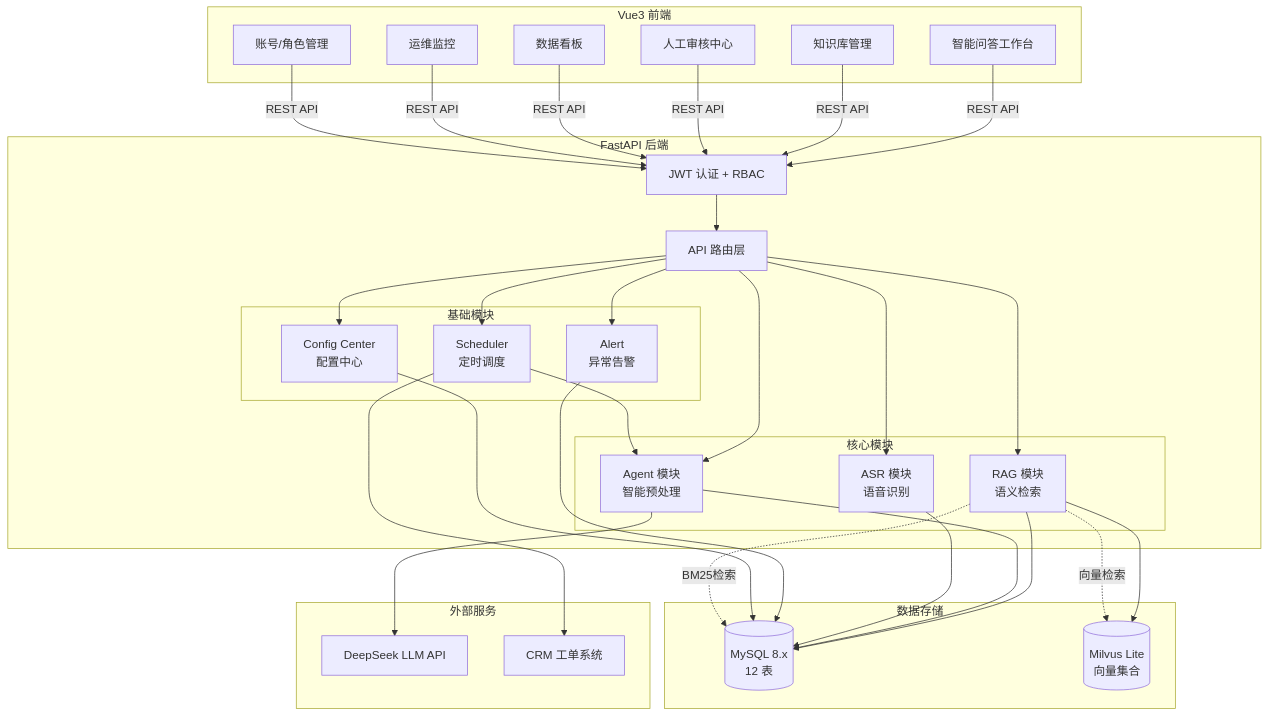
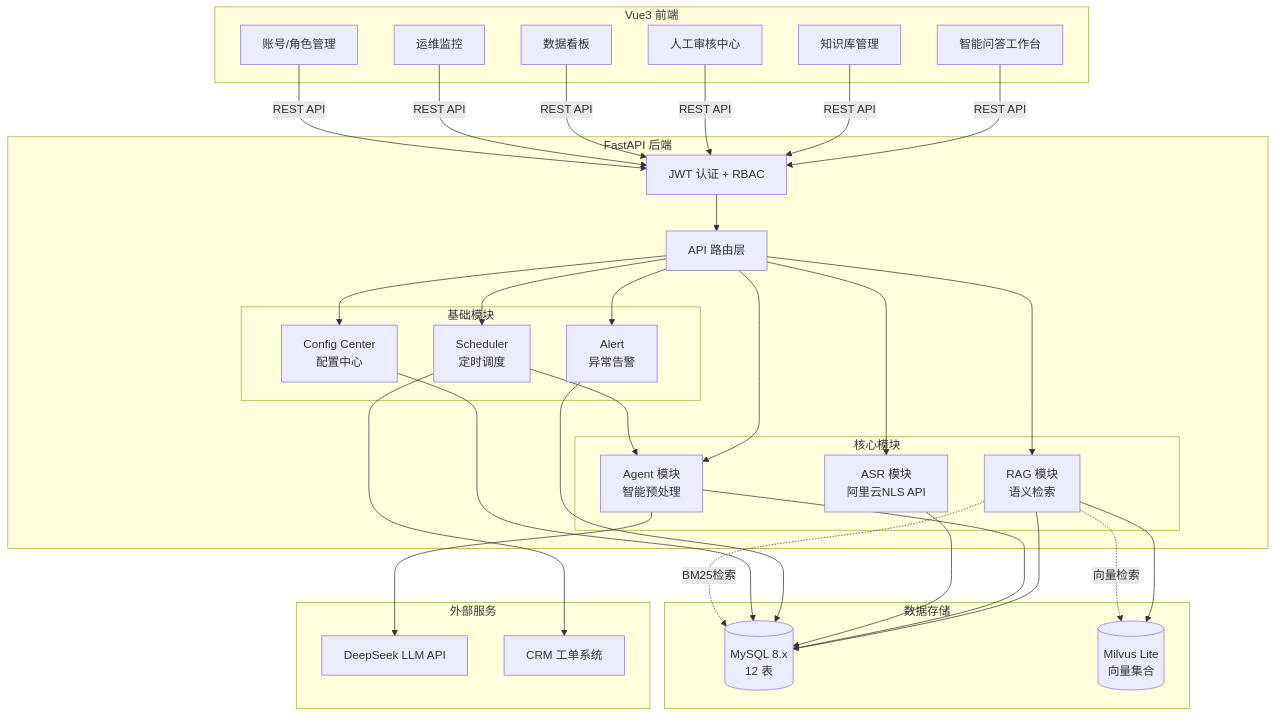
Before and after one commit to wanglh39/etc-qa: the first of 7 diagrams in docs/architecture/架构图-Mermaid.md, drawn with Mermaid. The commit also changed 21 other files, not shown here.

````diff
--- a/docs/architecture/架构图-Mermaid.md
+++ b/docs/architecture/架构图-Mermaid.md
@@ -7,55 +7,55 @@
 ```mermaid
 graph TB
     subgraph 前端["Vue3 前端"]
         UI1[智能问答工作台]
         UI2[知识库管理]
         UI3[人工审核中心]
         UI4[数据看板]
         UI5[运维监控]
         UI6[账号/角色管理]
     end
 
     subgraph 后端["FastAPI 后端"]
         API[API 路由层]
         AUTH[JWT 认证 + RBAC]
         
         subgraph 核心模块
-            ASR[ASR 模块<br/>语音识别]
+            ASR[ASR 模块<br/>阿里云NLS API]
             AGENT[Agent 模块<br/>智能预处理]
             RAG[RAG 模块<br/>语义检索]
         end
         
         subgraph 基础模块
             SCHED[Scheduler<br/>定时调度]
             ALERT[Alert<br/>异常告警]
             CONFIG[Config Center<br/>配置中心]
         end
     end
 
     subgraph 存储["数据存储"]
         MySQL[(MySQL 8.x<br/>12 表)]
         Milvus[(Milvus Lite<br/>向量集合)]
     end
 
     subgraph 外部["外部服务"]
         LLM[DeepSeek LLM API]
         CRM[CRM 工单系统]
     end
 
     UI1 & UI2 & UI3 & UI4 & UI5 & UI6 -->|REST API| AUTH
     AUTH --> API
     API --> ASR & AGENT & RAG & SCHED & ALERT & CONFIG
     
     RAG --> Milvus
     RAG --> MySQL
     AGENT --> LLM
     AGENT --> MySQL
     ASR --> MySQL
     SCHED --> CRM
     SCHED --> AGENT
     ALERT --> MySQL
     CONFIG --> MySQL
     
     RAG -.->|向量检索| Milvus
     RAG -.->|BM25检索| MySQL
 ```
````
